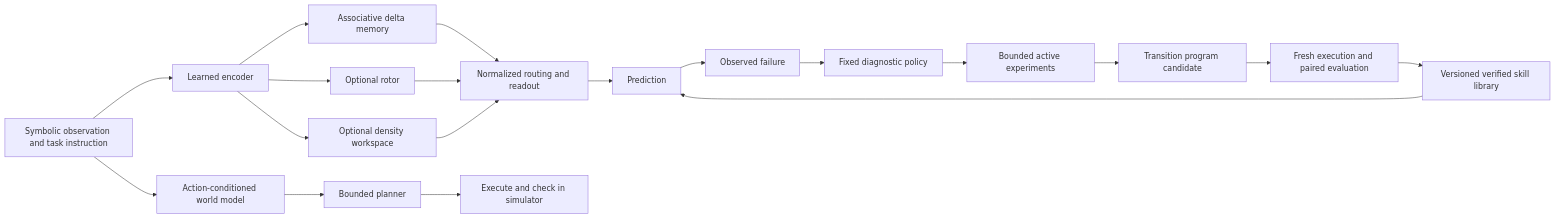
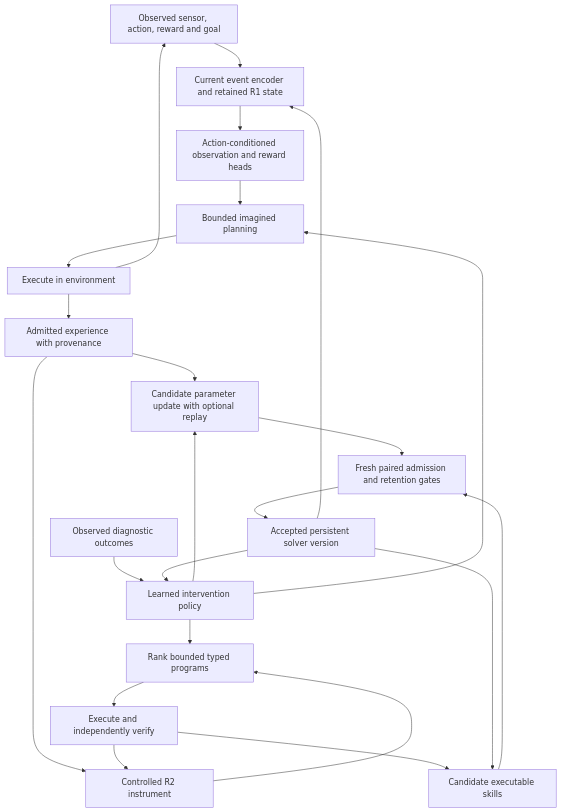
Before and after one commit to Arnav123-s/sera: the diagram in research/architecture.md, drawn with Mermaid. The commit also changed other lines of this file and 20 other files, not shown here.

Commit message:
Document three-seed connected learning results and verify executable release

````diff
--- a/research/architecture.md
+++ b/research/architecture.md
@@ -5,21 +7,25 @@
 ```mermaid
-flowchart LR
-  O[Symbolic observation and task instruction] --> E[Learned encoder]
-  E --> D[Associative delta memory]
-  E --> R[Optional rotor]
-  E --> Q[Optional density workspace]
-  D --> F[Normalized routing and readout]
-  R --> F
-  Q --> F
-  F --> P[Prediction]
-  P --> X[Observed failure]
-  X --> C[Fixed diagnostic policy]
-  C --> A[Bounded active experiments]
-  A --> S[Transition program candidate]
-  S --> V[Fresh execution and paired evaluation]
-  V --> L[Versioned verified skill library]
-  L --> P
-  O --> W[Action-conditioned world model]
-  W --> B[Bounded planner]
-  B --> T[Execute and check in simulator]
+flowchart TD
+    E[Observed sensor, action, reward and goal] --> H[Current event encoder and retained R1 state]
+    H --> W[Action-conditioned observation and reward heads]
+    W --> P[Bounded imagined planning]
+    P --> X[Execute in environment]
+    X --> E
+    X --> A[Admitted experience with provenance]
+    A --> U[Candidate parameter update with optional replay]
+    A --> I[Controlled R2 instrument]
+    I --> Q[Rank bounded typed programs]
+    Q --> V[Execute and independently verify]
+    V --> I
+    V --> S[Candidate executable skills]
+    D[Observed diagnostic outcomes] --> C[Learned intervention policy]
+    C --> U
+    C --> Q
+    C --> P
+    U --> G[Fresh paired admission and retention gates]
+    S --> G
+    G --> L[Accepted persistent solver version]
+    L --> H
+    L --> C
+    L --> S
 ```
````
